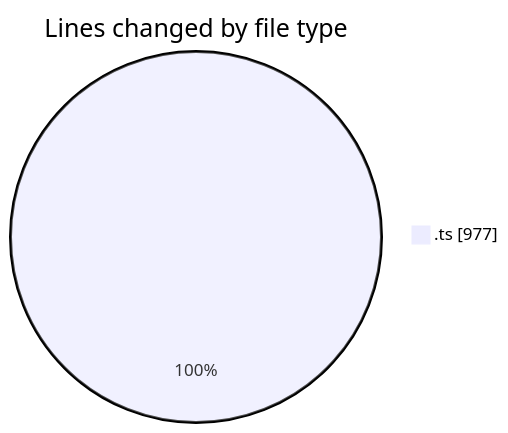
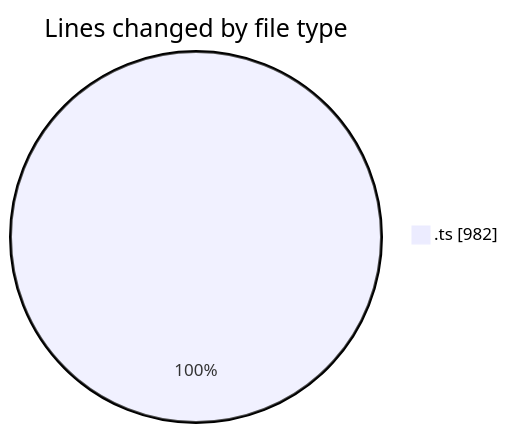
The first of 2 diagrams in 2025-10-30/cda/README.md (momahboobian/code-tracking), drawn with Mermaid before and after one commit. The commit also changed other lines of this file and 1 other file, not shown here.

````diff
--- a/2025-10-30/cda/README.md
+++ b/2025-10-30/cda/README.md
@@ -20,5 +20,5 @@
 ```mermaid
 pie showData
 title Lines changed by file type
-".ts" : 977
+".ts" : 982
 ```
````
